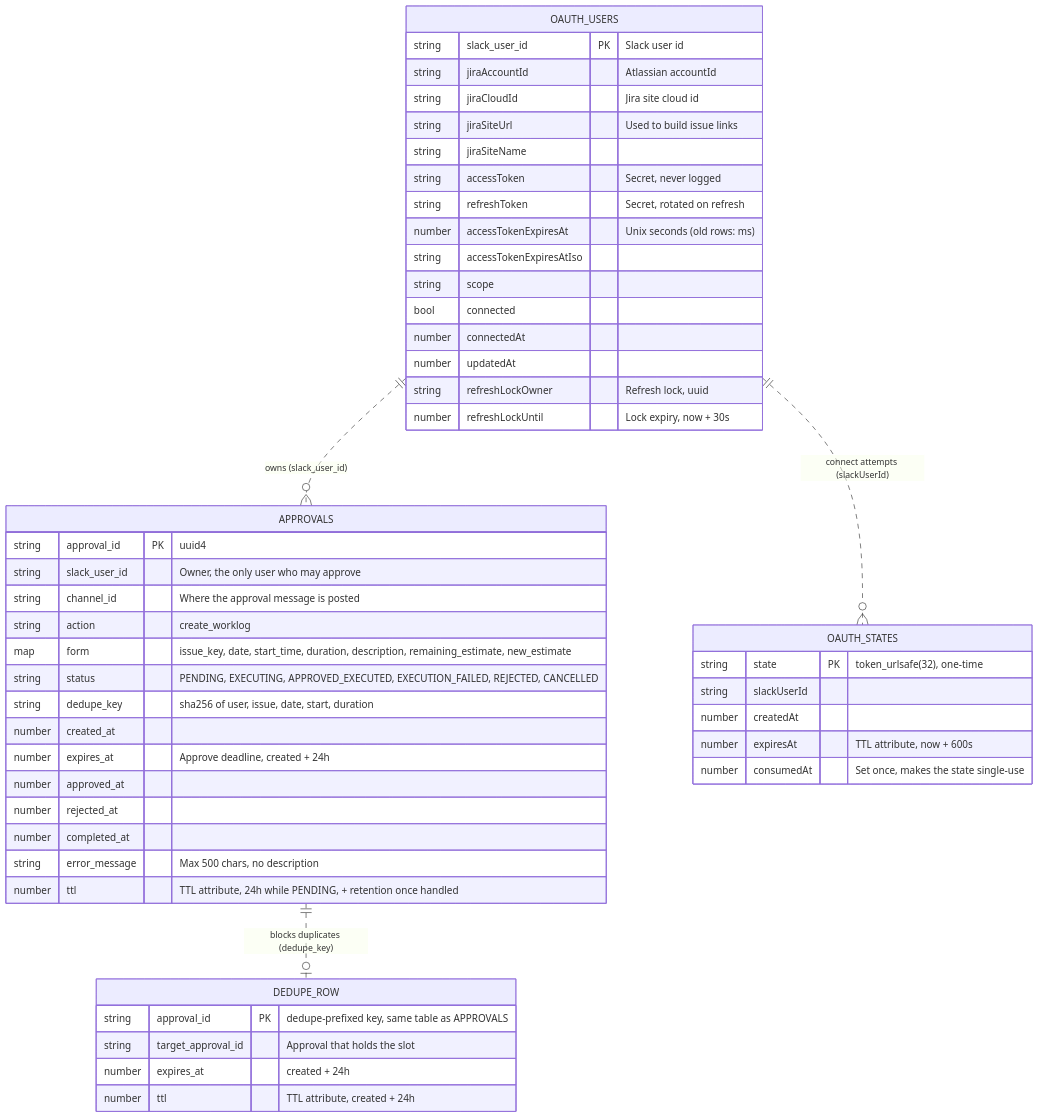
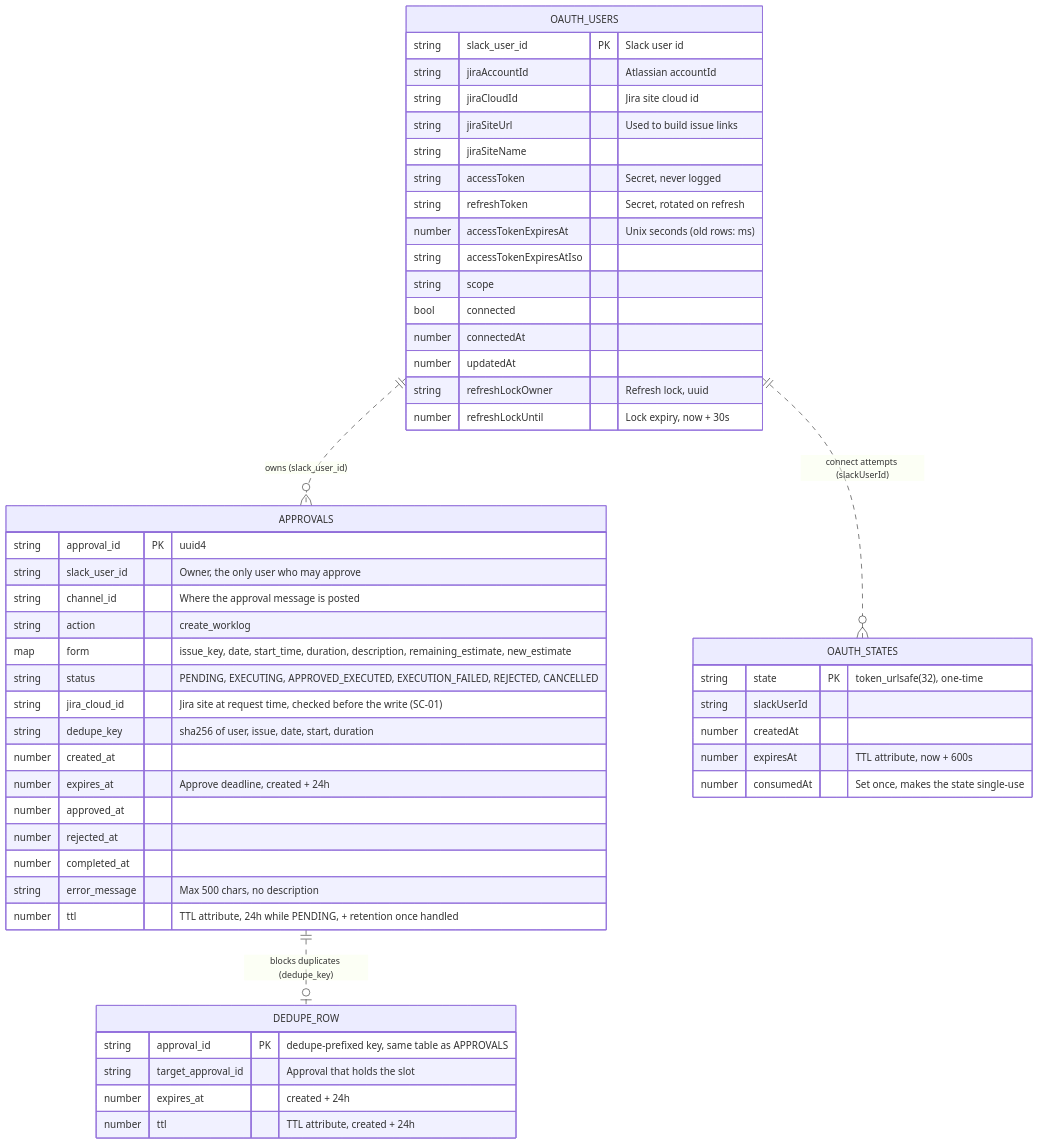
The first of 7 diagrams in docs/design/data_model_and_flows.md (lolohoang123/jira_agent), drawn with Mermaid before and after one commit. The commit also changed other lines of this file and 14 other files, not shown here.

````diff
--- a/docs/design/data_model_and_flows.md
+++ b/docs/design/data_model_and_flows.md
@@ -18,53 +18,54 @@
 ```mermaid
 erDiagram
     OAUTH_USERS ||..o{ APPROVALS : "owns (slack_user_id)"
     OAUTH_USERS ||..o{ OAUTH_STATES : "connect attempts (slackUserId)"
     APPROVALS ||..o| DEDUPE_ROW : "blocks duplicates (dedupe_key)"
 
     OAUTH_USERS {
         string slack_user_id PK "Slack user id"
         string jiraAccountId "Atlassian accountId"
         string jiraCloudId "Jira site cloud id"
         string jiraSiteUrl "Used to build issue links"
         string jiraSiteName
         string accessToken "Secret, never logged"
         string refreshToken "Secret, rotated on refresh"
         number accessTokenExpiresAt "Unix seconds (old rows: ms)"
         string accessTokenExpiresAtIso
         string scope
         bool connected
         number connectedAt
         number updatedAt
         string refreshLockOwner "Refresh lock, uuid"
         number refreshLockUntil "Lock expiry, now + 30s"
     }
     OAUTH_STATES {
         string state PK "token_urlsafe(32), one-time"
         string slackUserId
         number createdAt
         number expiresAt "TTL attribute, now + 600s"
         number consumedAt "Set once, makes the state single-use"
     }
     APPROVALS {
         string approval_id PK "uuid4"
         string slack_user_id "Owner, the only user who may approve"
         string channel_id "Where the approval message is posted"
         string action "create_worklog"
         map form "issue_key, date, start_time, duration, description, remaining_estimate, new_estimate"
         string status "PENDING, EXECUTING, APPROVED_EXECUTED, EXECUTION_FAILED, REJECTED, CANCELLED"
+        string jira_cloud_id "Jira site at request time, checked before the write (SC-01)"
         string dedupe_key "sha256 of user, issue, date, start, duration"
         number created_at
         number expires_at "Approve deadline, created + 24h"
         number approved_at
         number rejected_at
         number completed_at
         string error_message "Max 500 chars, no description"
         number ttl "TTL attribute, 24h while PENDING, + retention once handled"
     }
     DEDUPE_ROW {
         string approval_id PK "dedupe-prefixed key, same table as APPROVALS"
         string target_approval_id "Approval that holds the slot"
         number expires_at "created + 24h"
         number ttl "TTL attribute, created + 24h"
     }
 ```
````
